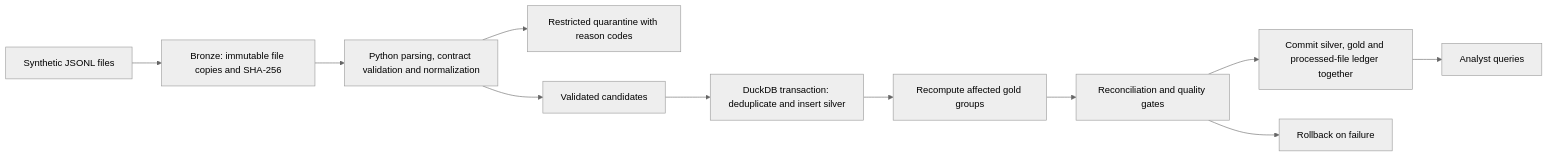
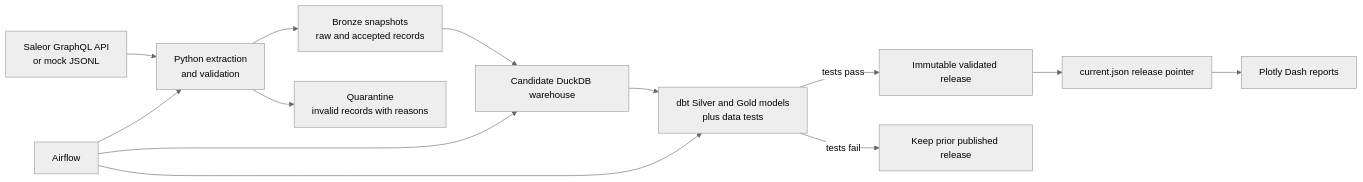
The diagram in DEMO_DESIGN.md (peterpanmj/gaoxin_de), drawn with Mermaid (neutral theme) before and after one commit. The commit also changed other lines of this file, not shown here.

````diff
--- a/DEMO_DESIGN.md
+++ b/DEMO_DESIGN.md
@@ -120,13 +57,15 @@
 ```mermaid
 flowchart LR
-    A[Synthetic JSONL files] --> B[Bronze: immutable file copies and SHA-256]
-    B --> C[Python parsing, contract validation and normalization]
-    C --> Q[Restricted quarantine with reason codes]
-    C --> D[Validated candidates]
-    D --> E[DuckDB transaction: deduplicate and insert silver]
-    E --> F[Recompute affected gold groups]
-    F --> G[Reconciliation and quality gates]
-    G --> H[Commit silver, gold and processed-file ledger together]
-    H --> I[Analyst queries]
-    G --> J[Rollback on failure]
+    S[Saleor GraphQL API<br/>or mock JSONL] --> E[Python extraction<br/>and validation]
+    E --> B[Bronze snapshots<br/>raw and accepted records]
+    E --> Q[Quarantine<br/>invalid records with reasons]
+    B --> W[Candidate DuckDB warehouse]
+    W --> D[dbt Silver and Gold models<br/>plus data tests]
+    D -->|tests pass| R[Immutable validated release]
+    D -->|tests fail| P[Keep prior published release]
+    R --> M[current.json release pointer]
+    M --> H[Plotly Dash reports]
+    A[Airflow] --> E
+    A --> W
+    A --> D
 ```
````
